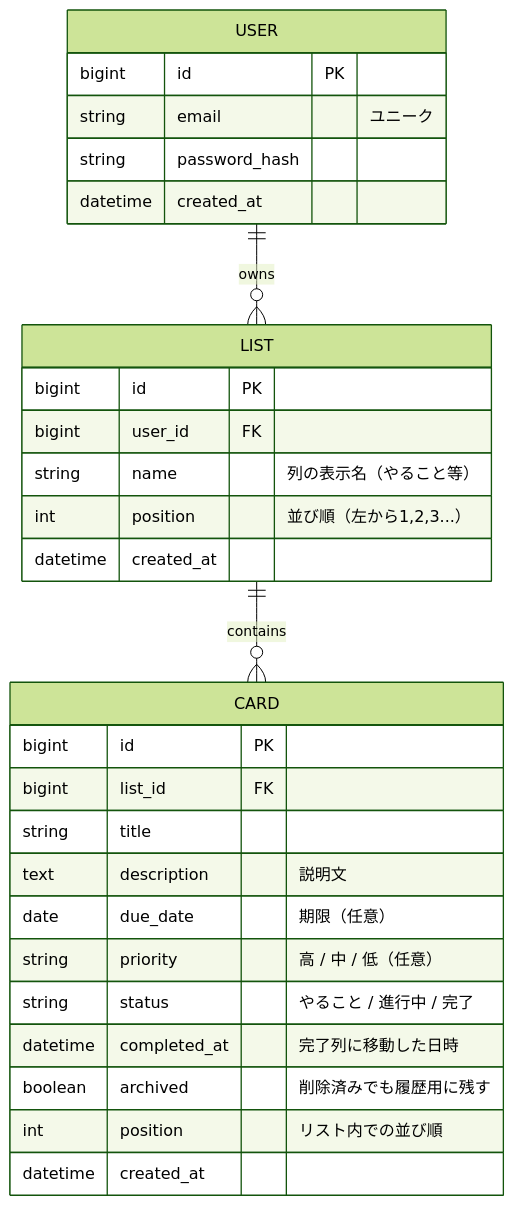
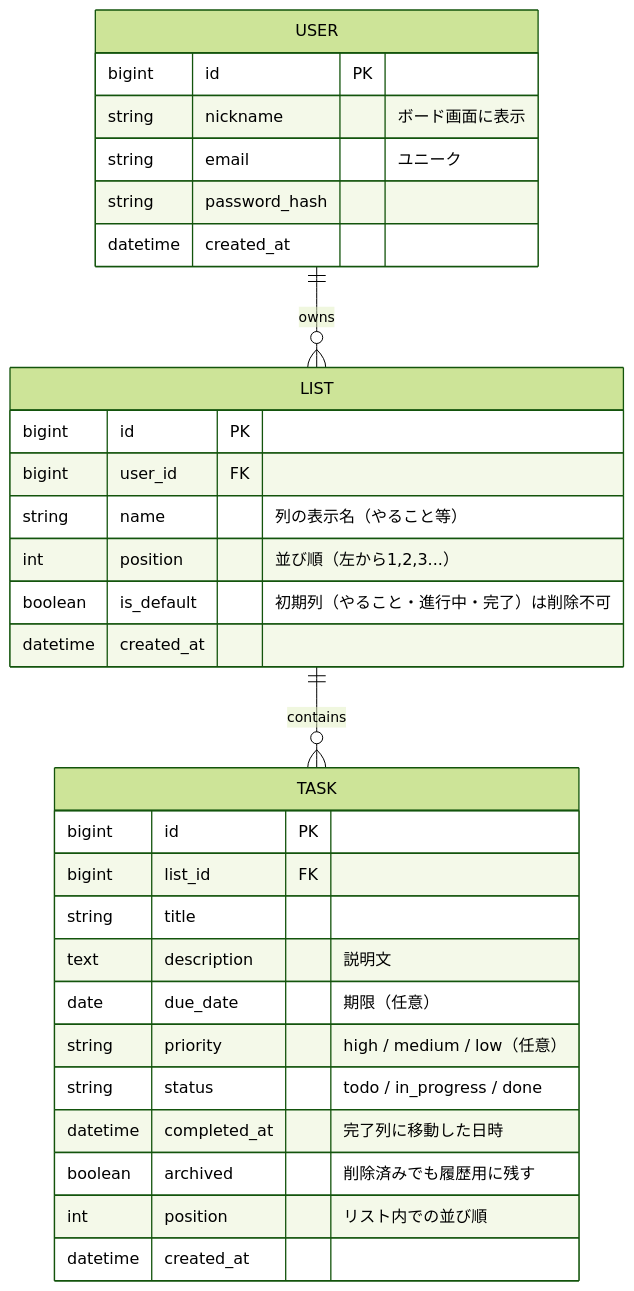
One commit to yamamotonaoki3/TaskManagement changed the diagram in docs/details/data-model.md. Above: the diagram before and after it, drawn with Mermaid (forest theme). The commit also changed other lines of this file and 3 other files, not shown here.

````diff
--- a/docs/details/data-model.md
+++ b/docs/details/data-model.md
@@ -41,32 +44,34 @@
 ```mermaid
 erDiagram
     USER ||--o{ LIST : owns
-    LIST ||--o{ CARD : contains
+    LIST ||--o{ TASK : contains
 
     USER {
         bigint id PK
+        string nickname "ボード画面に表示"
         string email "ユニーク"
         string password_hash
         datetime created_at
     }
     LIST {
         bigint id PK
         bigint user_id FK
         string name "列の表示名（やること等）"
         int position "並び順（左から1,2,3...）"
+        boolean is_default "初期列（やること・進行中・完了）は削除不可"
         datetime created_at
     }
-    CARD {
+    TASK {
         bigint id PK
         bigint list_id FK
         string title
         text description "説明文"
         date due_date "期限（任意）"
-        string priority "高 / 中 / 低（任意）"
-        string status "やること / 進行中 / 完了"
+        string priority "high / medium / low（任意）"
+        string status "todo / in_progress / done"
         datetime completed_at "完了列に移動した日時"
         boolean archived "削除済みでも履歴用に残す"
         int position "リスト内での並び順"
         datetime created_at
     }
 ```
````
